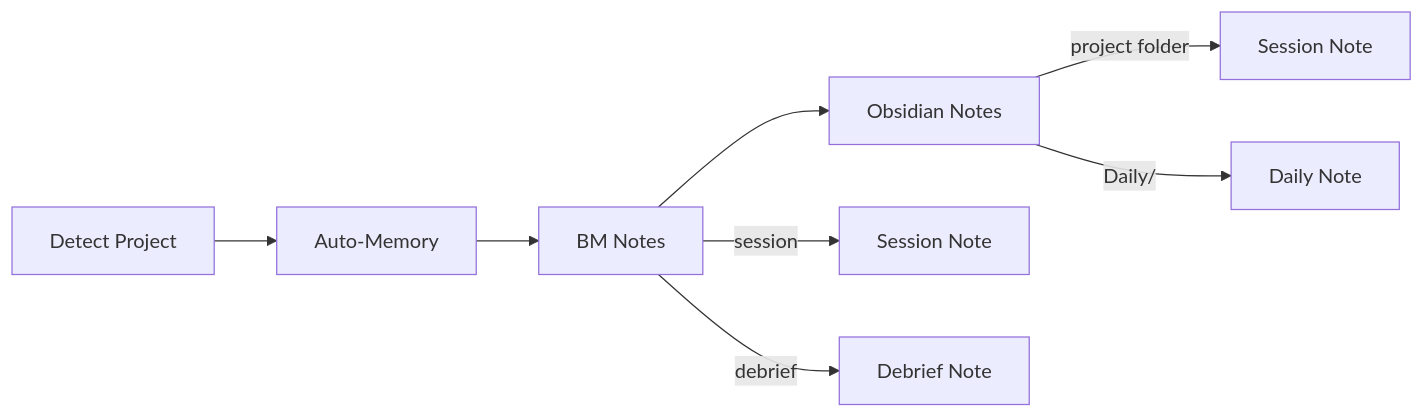
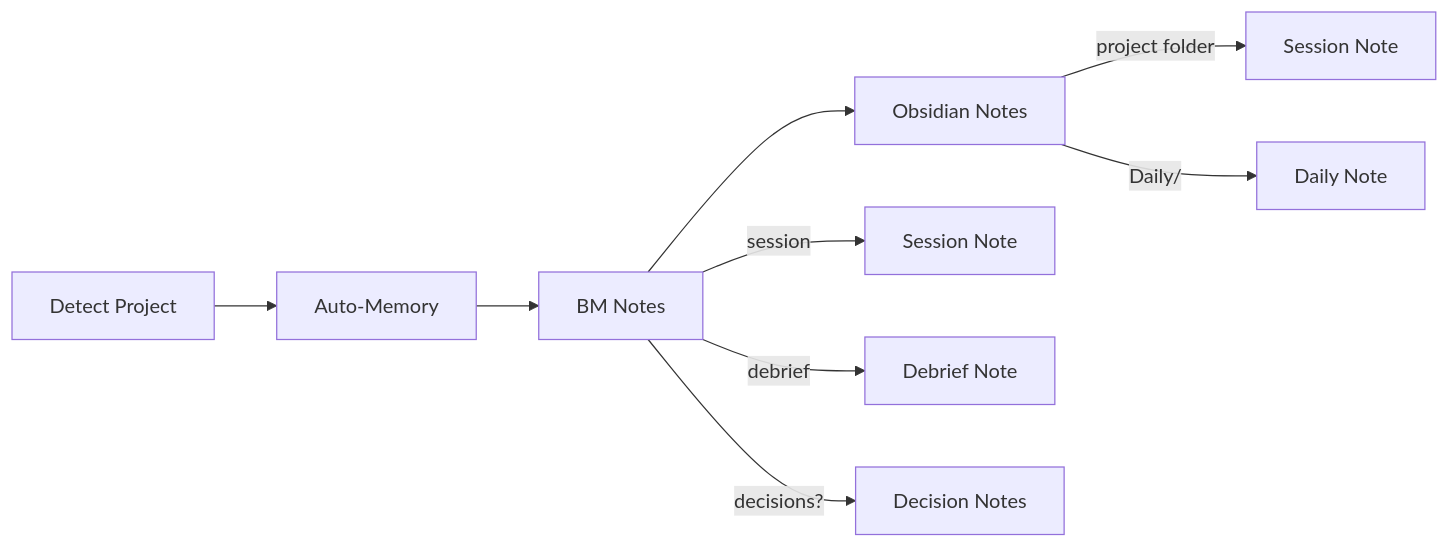
The diagram in skills/(tooling)/wrap-up/README.md (adeonir/agent-skills), drawn with Mermaid before and after one commit. The commit also changed other lines of this file and 4 other files, not shown here.

First line of the commit message:
feat: add decision notes and context heading to wrap-up skill

````diff
--- a/skills/(tooling)/wrap-up/README.md
+++ b/skills/(tooling)/wrap-up/README.md
@@ -13,10 +13,11 @@
 ```mermaid
 flowchart LR
   A[Detect Project] --> B[Auto-Memory]
   B --> C[BM Notes]
   C --> D[Obsidian Notes]
   C -->|session| C1[Session Note]
   C -->|debrief| C2[Debrief Note]
+  C -->|decisions?| C3[Decision Notes]
   D -->|project folder| D1[Session Note]
   D -->|Daily/| D2[Daily Note]
 ```
````
